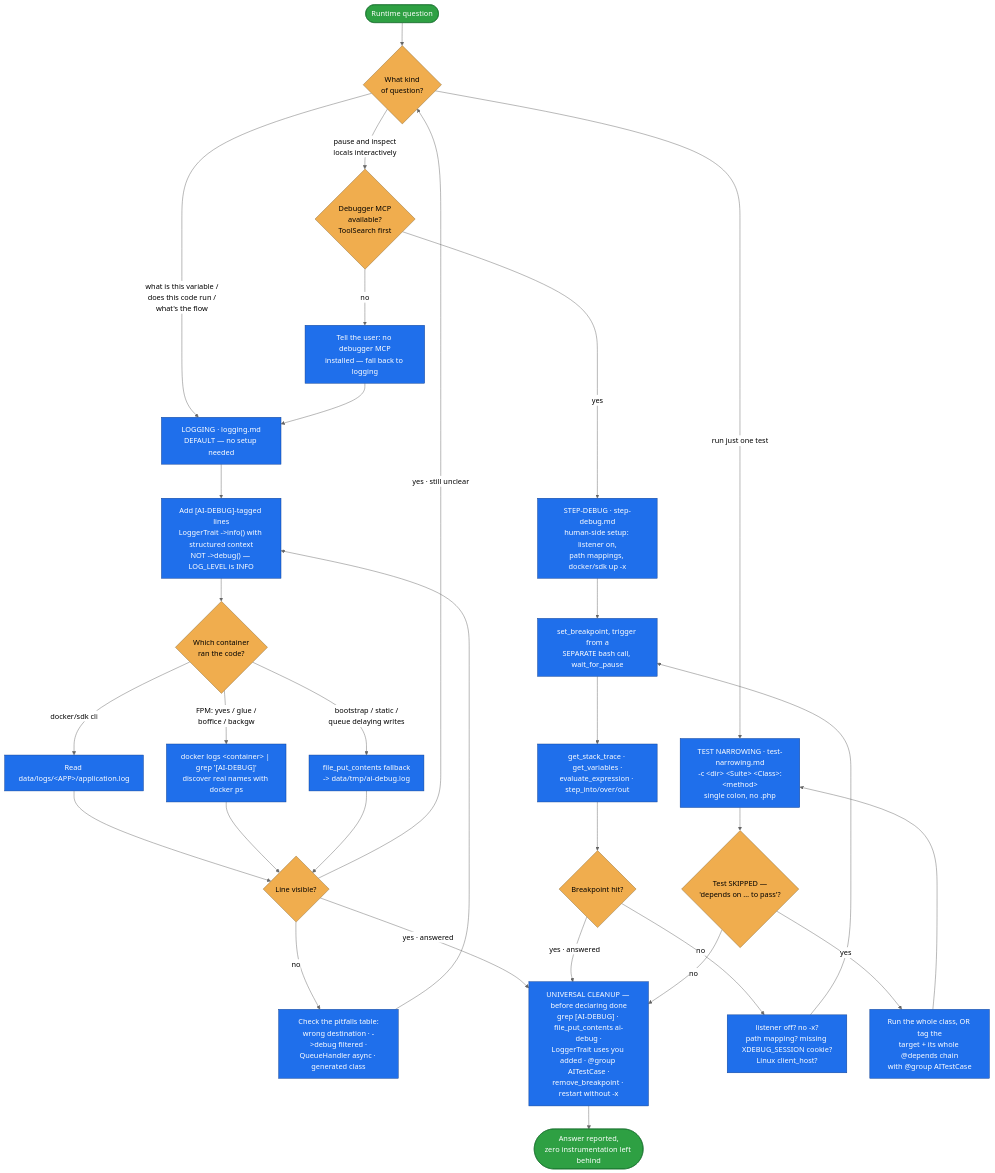
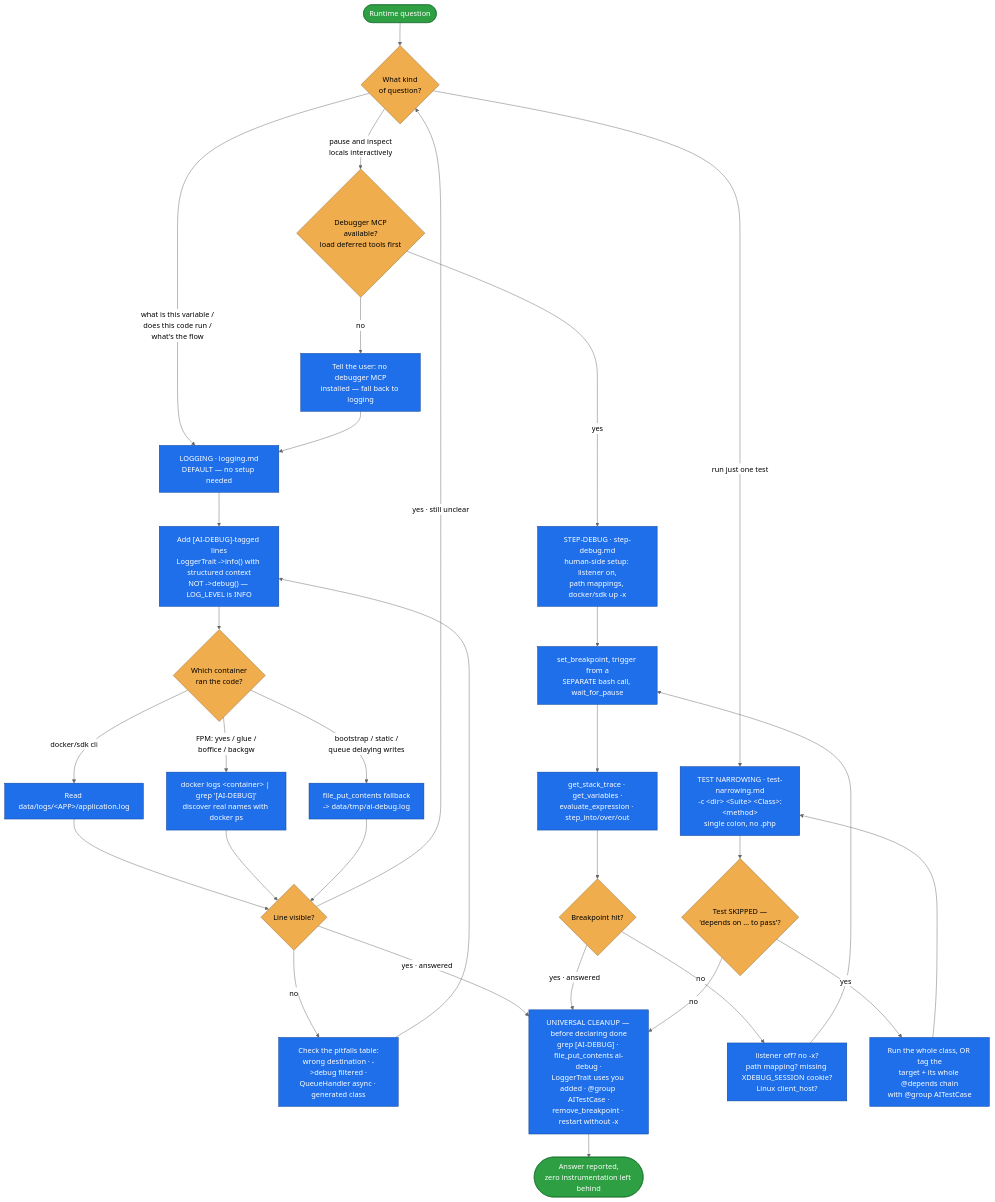
One commit to spryker-sdk/ai-dev changed the diagram in plugins/spryker-ai-dev-sdk/skills/ai-runtime-debugging/README.md. Above: the diagram before and after it, drawn with Mermaid (neutral theme). The commit also changed 128 other files, not shown here.

````diff
--- a/plugins/spryker-ai-dev-sdk/skills/ai-runtime-debugging/README.md
+++ b/plugins/spryker-ai-dev-sdk/skills/ai-runtime-debugging/README.md
@@ -21,49 +21,49 @@
 ```mermaid
 flowchart TD
     A([Runtime question]) --> Q{What kind<br/>of question?}
 
     Q -- "what is this variable /<br/>does this code run /<br/>what's the flow" --> LOG["LOGGING · logging.md<br/>DEFAULT — no setup needed"]
-    Q -- "pause and inspect<br/>locals interactively" --> BR{Debugger MCP<br/>available?<br/>ToolSearch first}
+    Q -- "pause and inspect<br/>locals interactively" --> BR{Debugger MCP<br/>available?<br/>load deferred tools first}
     Q -- "run just one test" --> TN["TEST NARROWING · test-narrowing.md<br/>-c &lt;dir&gt; &lt;Suite&gt; &lt;Class&gt;:&lt;method&gt;<br/>single colon, no .php"]
 
     BR -- "no" --> TELL["Tell the user: no debugger MCP<br/>installed — fall back to logging"]
     TELL --> LOG
     BR -- "yes" --> SD["STEP-DEBUG · step-debug.md<br/>human-side setup: listener on,<br/>path mappings, docker/sdk up -x"]
 
     LOG --> TAG["Add [AI-DEBUG]-tagged lines<br/>LoggerTrait -&gt;info() with structured context<br/>NOT -&gt;debug() — LOG_LEVEL is INFO"]
     TAG --> WHERE{Which container<br/>ran the code?}
     WHERE -- "docker/sdk cli" --> FILE["Read data/logs/&lt;APP&gt;/application.log"]
     WHERE -- "FPM: yves / glue /<br/>boffice / backgw" --> STDERR["docker logs &lt;container&gt; | grep '[AI-DEBUG]'<br/>discover real names with docker ps"]
     WHERE -- "bootstrap / static /<br/>queue delaying writes" --> FPC["file_put_contents fallback<br/>-&gt; data/tmp/ai-debug.log"]
 
     FILE --> SEEN
     STDERR --> SEEN
     FPC --> SEEN
     SEEN{Line visible?}
     SEEN -- "no" --> PIT["Check the pitfalls table:<br/>wrong destination · -&gt;debug filtered ·<br/>QueueHandler async · generated class"]
     PIT --> TAG
     SEEN -- "yes · still unclear" --> Q
     SEEN -- "yes · answered" --> CLEAN
 
     SD --> BP["set_breakpoint, trigger from a<br/>SEPARATE bash call, wait_for_pause"]
     BP --> INSPECT["get_stack_trace · get_variables ·<br/>evaluate_expression · step_into/over/out"]
     INSPECT --> HIT{Breakpoint hit?}
     HIT -- "no" --> BPFIX["listener off? no -x?<br/>path mapping? missing XDEBUG_SESSION cookie?<br/>Linux client_host?"]
     BPFIX --> BP
     HIT -- "yes · answered" --> CLEAN
 
     TN --> DEP{Test SKIPPED —<br/>'depends on … to pass'?}
     DEP -- "yes" --> OPT["Run the whole class, OR tag the<br/>target + its whole @depends chain<br/>with @group AITestCase"]
     OPT --> TN
     DEP -- "no" --> CLEAN
 
     CLEAN["UNIVERSAL CLEANUP — before declaring done<br/>grep [AI-DEBUG] · file_put_contents ai-debug ·<br/>LoggerTrait uses you added · @group AITestCase ·<br/>remove_breakpoint · restart without -x"]
     CLEAN --> Z([Answer reported,<br/>zero instrumentation left behind])
 
     classDef step fill:#1f6feb,stroke:#0b3d91,color:#fff;
     classDef decision fill:#f0ad4e,stroke:#8a6d3b,color:#000;
     classDef terminal fill:#2ea043,stroke:#176f2c,color:#fff;
     class LOG,SD,TN,TAG,FILE,STDERR,FPC,PIT,BP,INSPECT,BPFIX,OPT,TELL,CLEAN step;
     class Q,BR,WHERE,SEEN,HIT,DEP decision;
     class A,Z terminal;
 ```
````
